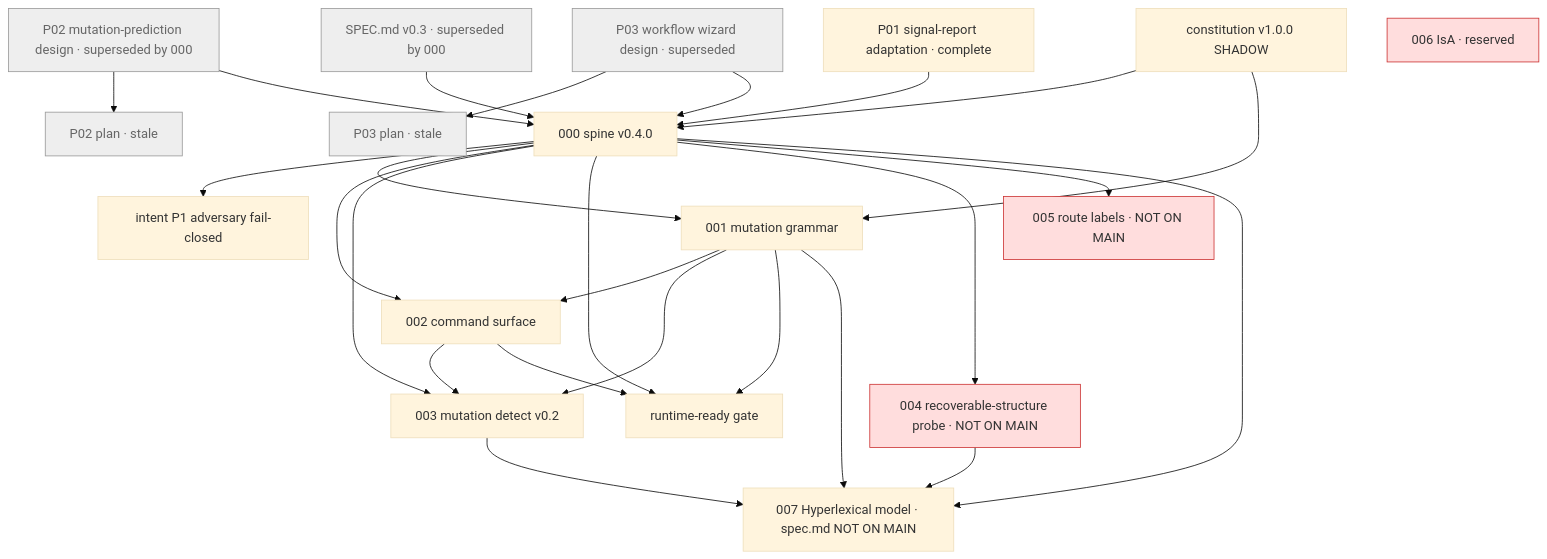
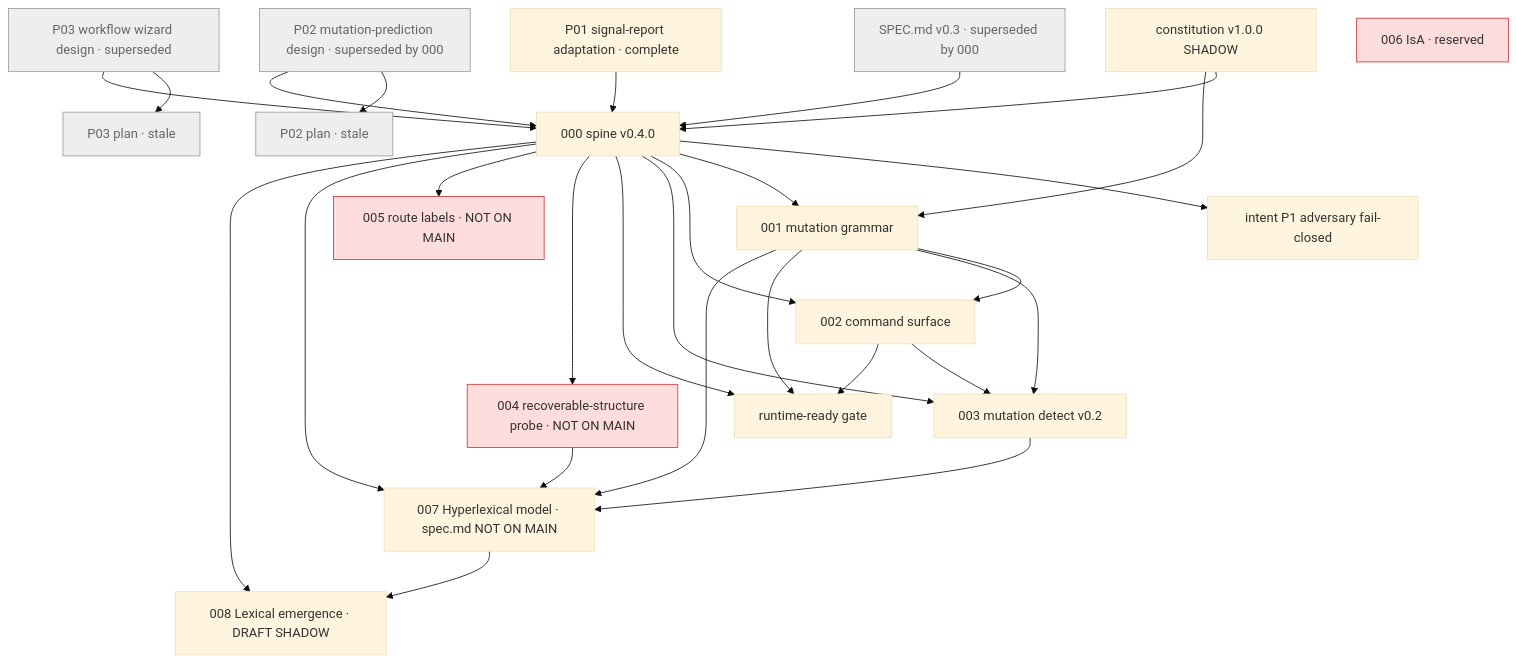
Before and after one commit to Zero-State-LLC/Hyperlex: the diagram in specs/DAG.md, drawn with Mermaid (base theme). The commit also changed other lines of this file and 12 other files, not shown here.

First line of the commit message:
spec(008): lexical emergence (draft, SHADOW, docs only) (#28)

````diff
--- a/specs/DAG.md
+++ b/specs/DAG.md
@@ -14,46 +14,49 @@
 ```mermaid
 graph TD
   C[constitution v1.0.0 SHADOW]
   P01[P01 signal-report adaptation · complete]
   P02[P02 mutation-prediction design · superseded by 000]:::sup
   P02p[P02 plan · stale]:::sup
   P03[P03 workflow wizard design · superseded]:::sup
   P03p[P03 plan · stale]:::sup
   L03[SPEC.md v0.3 · superseded by 000]:::sup
   S000[000 spine v0.4.0]
   I1[intent P1 adversary fail-closed]
   S001[001 mutation grammar]
   S002[002 command surface]
   S003[003 mutation detect v0.2]
   RR[runtime-ready gate]
   S004[004 recoverable-structure probe · NOT ON MAIN]:::miss
   S005[005 route labels · NOT ON MAIN]:::miss
   S006[006 IsA · reserved]:::miss
   S007[007 Hyperlexical model · spec.md NOT ON MAIN]
+  S008[008 Lexical emergence · DRAFT SHADOW]
   P02 --> P02p
   P03 --> P03p
   C --> S000
   L03 --> S000
   P01 --> S000
   P02 --> S000
   P03 --> S000
   S000 --> I1
   C --> S001
   S000 --> S001
   S000 --> S002
   S001 --> S002
   S000 --> S003
   S001 --> S003
   S002 --> S003
   S000 --> RR
   S001 --> RR
   S002 --> RR
   S000 --> S004
   S000 --> S005
   S000 --> S007
   S001 --> S007
   S003 --> S007
   S004 --> S007
+  S000 --> S008
+  S007 --> S008
   classDef sup fill:#eee,stroke:#999,color:#666
   classDef miss fill:#fdd,stroke:#c33
 ```
````
